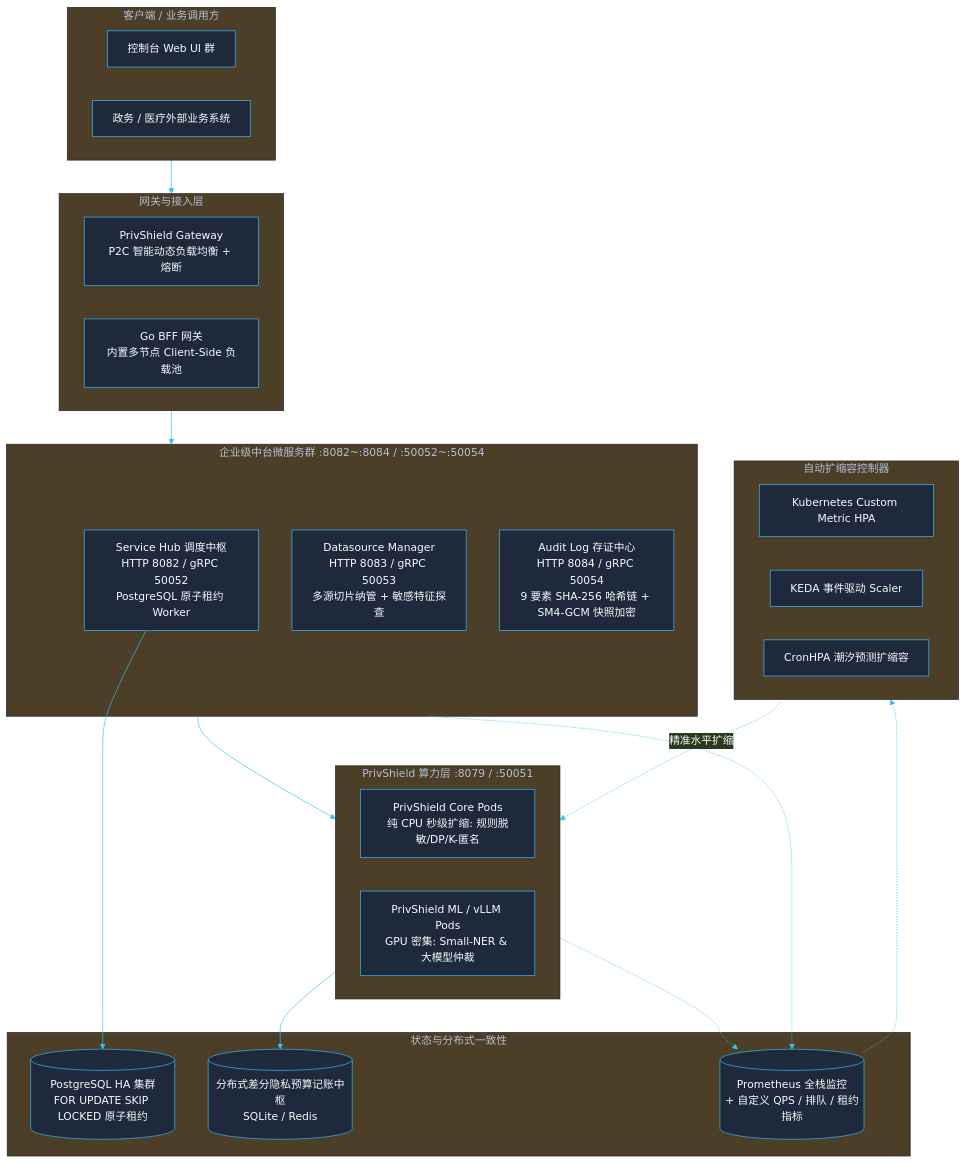
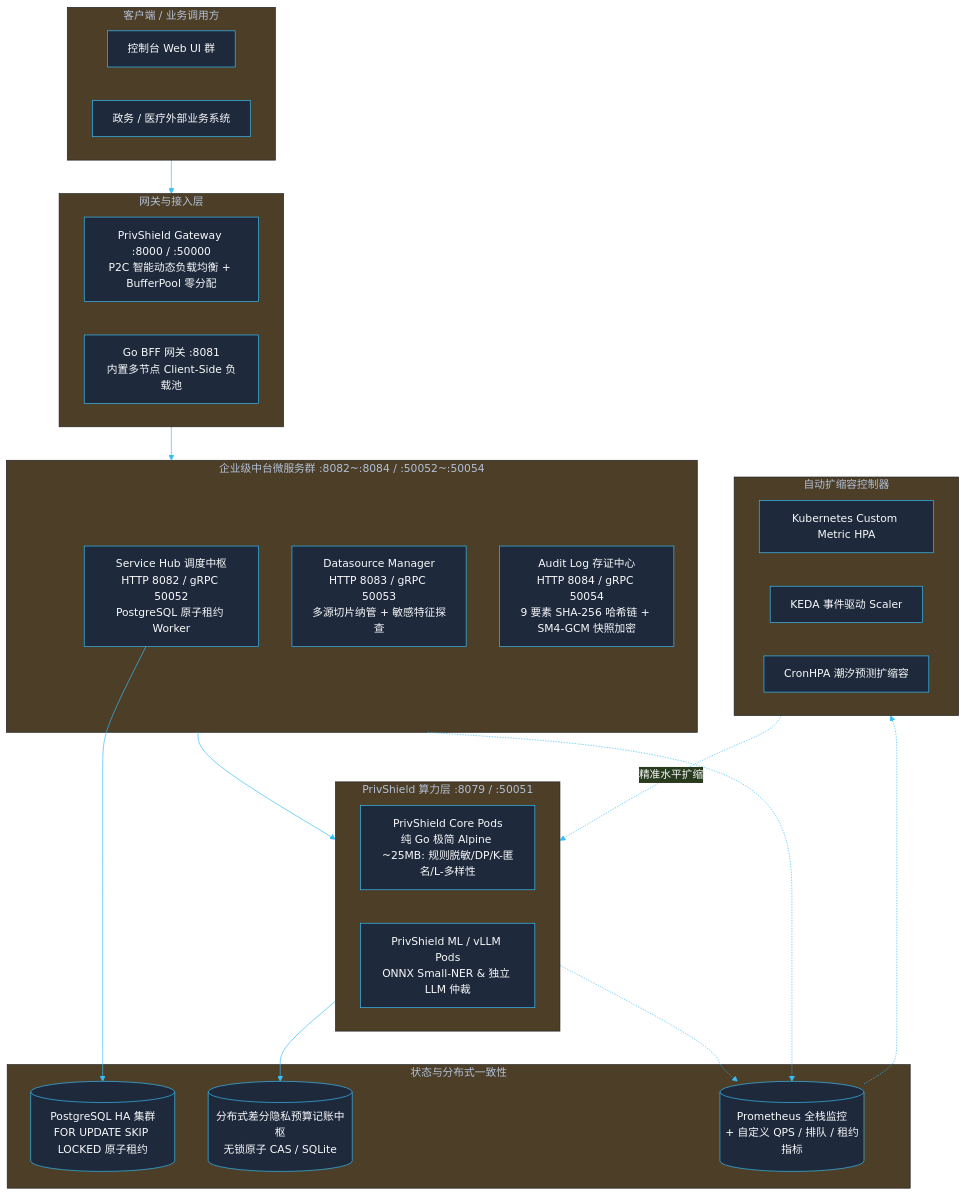
Before and after one commit to fengzhizi319/PrivShield: the diagram in docs/architecture/production_optimization_design.md, drawn with Mermaid. The commit also changed other lines of this file and 8 other files, not shown here.

Commit message:
docs(architecture): systematically update architecture documentation to 100% Go cloud-native specifications

````diff
--- a/docs/architecture/production_optimization_design.md
+++ b/docs/architecture/production_optimization_design.md
@@ -23,46 +23,46 @@
 ```mermaid
 %%{init: {'theme': 'base', 'themeVariables': { 'primaryColor': '#1e293b', 'primaryTextColor': '#f8fafc', 'primaryBorderColor': '#38bdf8', 'lineColor': '#38bdf8' }}}%%
 flowchart TD
     subgraph Clients [客户端 / 业务调用方]
         WebUI[控制台 Web UI 群]
         GovAPI[政务 / 医疗外部业务系统]
     end
 
     subgraph GatewayLayer [网关与接入层]
-        PyGateway[PrivShield Gateway<br/>P2C 智能动态负载均衡 + 熔断]
-        GoBFF[Go BFF 网关<br/>内置多节点 Client-Side 负载池]
+        GoGateway[PrivShield Gateway :8000 / :50000<br/>P2C 智能动态负载均衡 + BufferPool 零分配]
+        GoBFF[Go BFF 网关 :8081<br/>内置多节点 Client-Side 负载池]
     end
 
     subgraph ServiceMesh [企业级中台微服务群 :8082~:8084 / :50052~:50054]
         ServiceHub[Service Hub 调度中枢<br/>HTTP 8082 / gRPC 50052<br/>PostgreSQL 原子租约 Worker]
         DatasourceMgr[Datasource Manager<br/>HTTP 8083 / gRPC 50053<br/>多源切片纳管 + 敏感特征探查]
         AuditLog[Audit Log 存证中心<br/>HTTP 8084 / gRPC 50054<br/>9 要素 SHA-256 哈希链 + SM4-GCM 快照加密]
     end
 
     subgraph ComputeEngines [PrivShield 算力层 :8079 / :50051]
-        AgentCore[PrivShield Core Pods<br/>纯 CPU 秒级扩缩: 规则脱敏/DP/K-匿名]
-        AgentML[PrivShield ML / vLLM Pods<br/>GPU 密集: Small-NER & 大模型仲裁]
+        AgentCore[PrivShield Core Pods<br/>纯 Go 极简 Alpine ~25MB: 规则脱敏/DP/K-匿名/L-多样性]
+        AgentML[PrivShield ML / vLLM Pods<br/>ONNX Small-NER & 独立 LLM 仲裁]
     end
 
     subgraph StorageAndConsistency [状态与分布式一致性]
         PGCluster[(PostgreSQL HA 集群<br/>FOR UPDATE SKIP LOCKED 原子租约)]
-        BudgetDB[(分布式差分隐私预算记账中枢<br/>SQLite / Redis)]
+        BudgetDB[(分布式差分隐私预算记账中枢<br/>无锁原子 CAS / SQLite)]
         Prometheus[(Prometheus 全栈监控<br/>+ 自定义 QPS / 排队 / 租约指标)]
     end
 
     subgraph ScalingControl [自动扩缩容控制器]
         HPA[Kubernetes Custom Metric HPA]
         KEDA[KEDA 事件驱动 Scaler]
         CronHPA[CronHPA 潮汐预测扩缩容]
     end
 
     Clients --> GatewayLayer
     GatewayLayer --> ServiceMesh
     ServiceMesh --> ComputeEngines
     ServiceHub --> PGCluster
     ComputeEngines --> BudgetDB
     ComputeEngines -.-> Prometheus
     ServiceMesh -.-> Prometheus
     Prometheus -.-> ScalingControl
     ScalingControl -.->|精准水平扩缩| ComputeEngines
 ```
````
